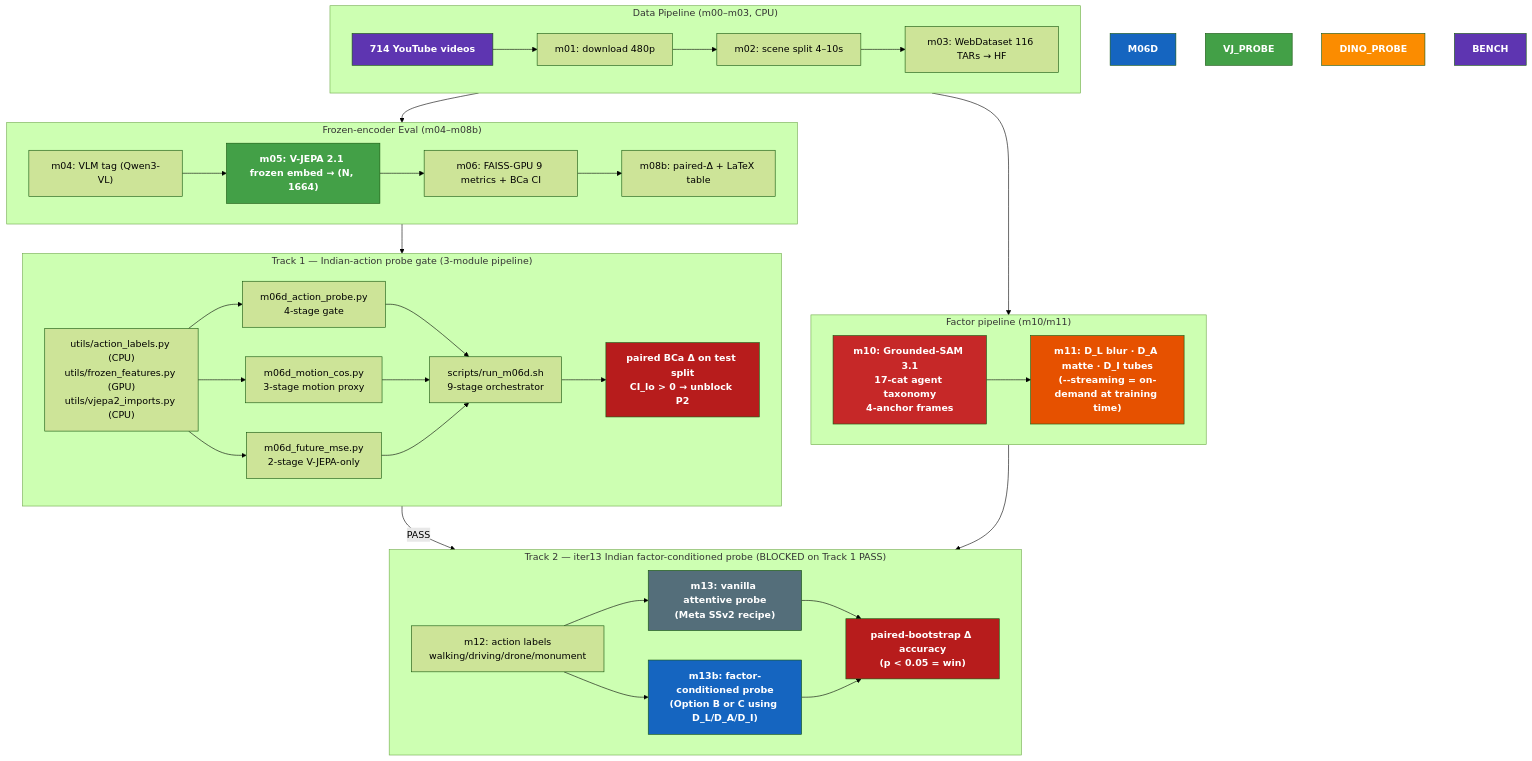
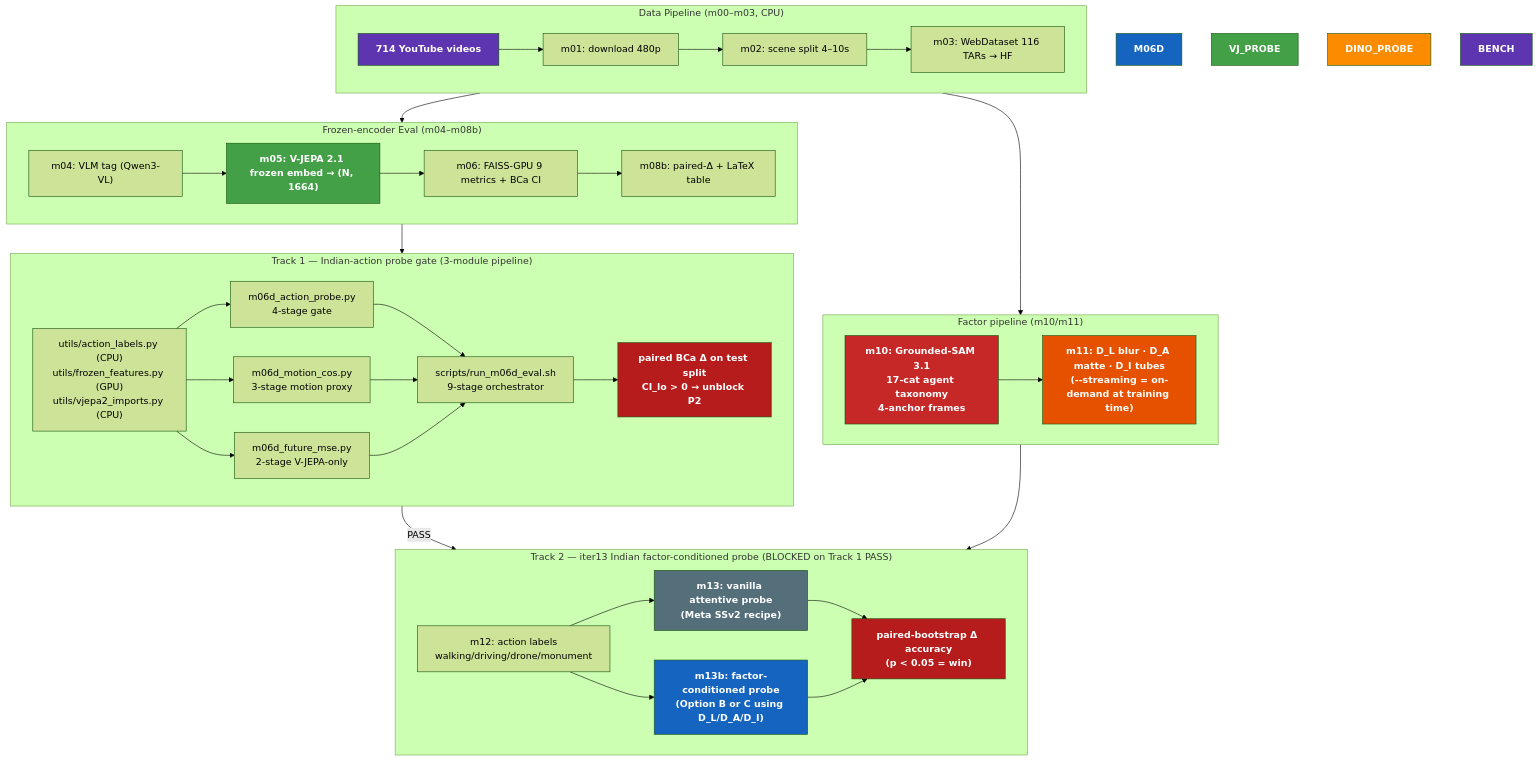
The diagram in iter/iter13_motion_probe_eval/plan_training.md (kapilw25/factorjepa), drawn with Mermaid (forest theme) before and after one commit. The commit also changed other lines of this file and 93 other files, not shown here.

````diff
--- a/iter/iter13_motion_probe_eval/plan_training.md
+++ b/iter/iter13_motion_probe_eval/plan_training.md
@@ -174,71 +206,71 @@
 ```mermaid
 flowchart TB
     subgraph DATA ["Data Pipeline (m00–m03, CPU)"]
         direction LR
         YT["714 YouTube videos"] --> DL_V["m01: download 480p"]
         DL_V --> SCENE["m02: scene split 4–10s"]
         SCENE --> PACK["m03: WebDataset 116 TARs → HF"]
     end
 
     subgraph EVAL ["Frozen-encoder Eval (m04–m08b)"]
         direction LR
         TAG["m04: VLM tag (Qwen3-VL)"]
         EMB["m05: V-JEPA 2.1 frozen embed → (N, 1664)"]
         FAISS["m06: FAISS-GPU 9 metrics + BCa CI"]
         COMP["m08b: paired-Δ + LaTeX table"]
         TAG --> EMB --> FAISS --> COMP
     end
 
     subgraph FACTORS ["Factor pipeline (m10/m11)"]
         direction LR
         SAM["m10: Grounded-SAM 3.1<br>17-cat agent taxonomy<br>4-anchor frames"]
         FAC["m11: D_L blur · D_A matte · D_I tubes<br>(--streaming = on-demand at training time)"]
         SAM --> FAC
     end
 
     subgraph TRACK1 ["Track 1 — Indian-action probe gate (3-module pipeline)"]
         direction LR
         SHARED["utils/action_labels.py (CPU)<br>utils/frozen_features.py (GPU)<br>utils/vjepa2_imports.py (CPU)"]
         ACTION["m06d_action_probe.py<br>4-stage gate"]
         COS["m06d_motion_cos.py<br>3-stage motion proxy"]
         MSE["m06d_future_mse.py<br>2-stage V-JEPA-only"]
-        SH["scripts/run_m06d.sh<br>9-stage orchestrator"]
+        SH["scripts/run_m06d_eval.sh<br>9-stage orchestrator"]
         GATE["paired BCa Δ on test split<br>CI_lo > 0 → unblock P2"]
         SHARED --> ACTION
         SHARED --> COS
         SHARED --> MSE
         ACTION --> SH
         COS --> SH
         MSE --> SH
         SH --> GATE
     end
 
     subgraph TRACK2 ["Track 2 — iter13 Indian factor-conditioned probe (BLOCKED on Track 1 PASS)"]
         direction LR
         LBL["m12: action labels<br>walking/driving/drone/monument"]
         P_FROZEN["m13: vanilla attentive probe<br>(Meta SSv2 recipe)"]
         P_SURG["m13b: factor-conditioned probe<br>(Option B or C using D_L/D_A/D_I)"]
         DELTA["paired-bootstrap Δ accuracy<br>(p < 0.05 = win)"]
         LBL --> P_FROZEN --> DELTA
         LBL --> P_SURG --> DELTA
         FAC --> P_SURG
     end
 
     DATA --> EVAL
     DATA --> FACTORS
     EVAL --> TRACK1
     GATE -->|"PASS"| TRACK2
 
     style YT fill:#5e35b1,color:#fff,font-weight:bold
     style EMB fill:#43a047,color:#fff,font-weight:bold
     style SAM fill:#c62828,color:#fff,font-weight:bold
     style FAC fill:#e65100,color:#fff,font-weight:bold
     style P_FROZEN fill:#546e7a,color:#fff,font-weight:bold
     style P_SURG fill:#1565c0,color:#fff,font-weight:bold
     style DELTA fill:#b71c1c,color:#fff,font-weight:bold
     style M06D fill:#1565c0,color:#fff,font-weight:bold
     style VJ_PROBE fill:#43a047,color:#fff,font-weight:bold
     style DINO_PROBE fill:#fb8c00,color:#fff,font-weight:bold
     style BENCH fill:#5e35b1,color:#fff,font-weight:bold
     style GATE fill:#b71c1c,color:#fff,font-weight:bold
 ```
````
